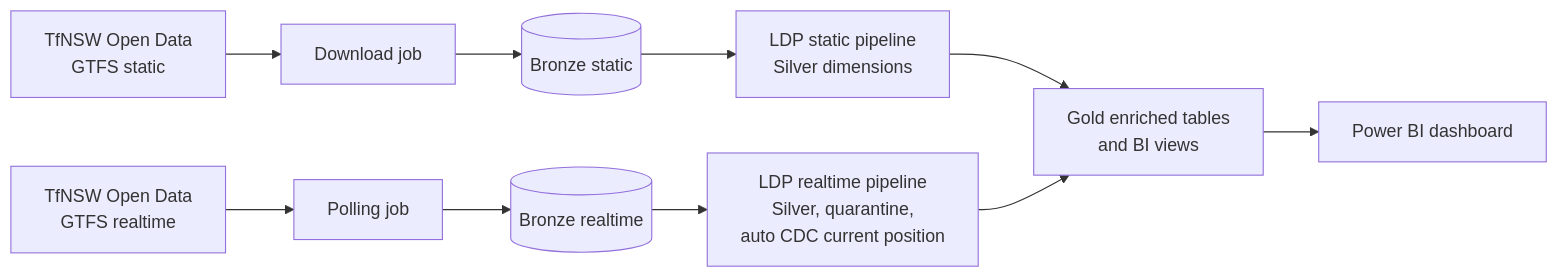
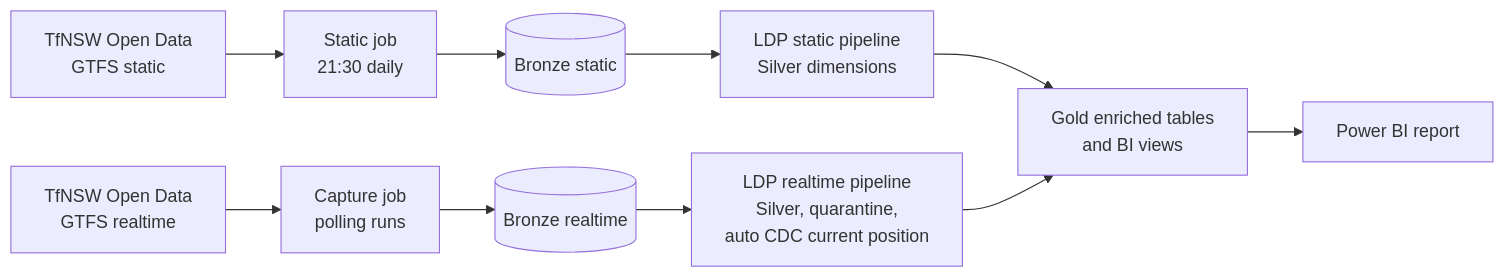
Before and after one commit to AiEnthu2026/tfnsw-transit-lakehouse: the diagram in README.md, drawn with Mermaid. The commit also changed other lines of this file, not shown here.

````diff
--- a/README.md
+++ b/README.md
@@ -16,10 +17,10 @@
 ```mermaid
 flowchart LR
-  A[TfNSW Open Data<br/>GTFS static] --> B[Download job] --> C[(Bronze static)]
+  A[TfNSW Open Data<br/>GTFS static] --> B[Static job<br/>21:30 daily] --> C[(Bronze static)]
   C --> D[LDP static pipeline<br/>Silver dimensions]
-  E[TfNSW Open Data<br/>GTFS realtime] --> F[Polling job] --> G[(Bronze realtime)]
+  E[TfNSW Open Data<br/>GTFS realtime] --> F[Capture job<br/>polling runs] --> G[(Bronze realtime)]
   G --> H[LDP realtime pipeline<br/>Silver, quarantine,<br/>auto CDC current position]
   D --> I[Gold enriched tables<br/>and BI views]
   H --> I
-  I --> J[Power BI dashboard]
+  I --> J[Power BI report]
 ```
````
